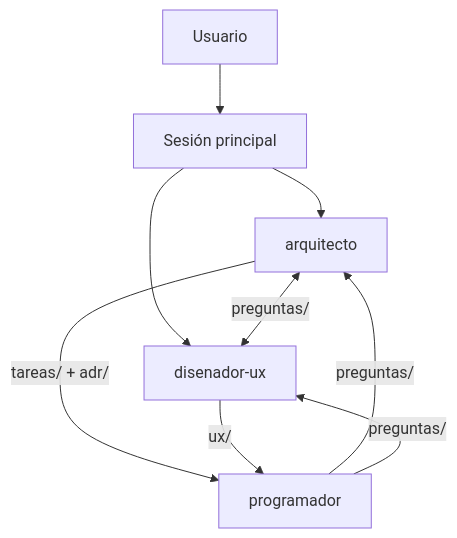
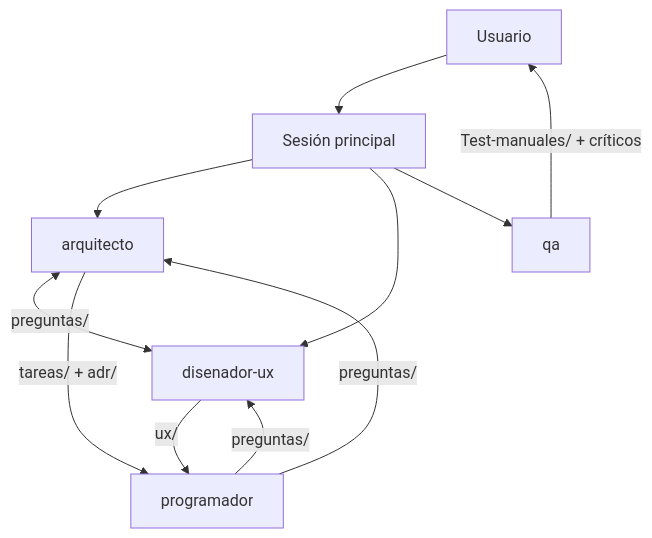
Before and after one commit to Gomonsoft/shinobidocs: the diagram in 02-flujo-de-agentes.md, drawn with Mermaid. The commit also changed other lines of this file and 5 other files, not shown here.

First line of the commit message:
Pruebas como feedback: niveles, agente qa, scripts de cambios y críticos, y guías manuales

````diff
--- a/02-flujo-de-agentes.md
+++ b/02-flujo-de-agentes.md
@@ -11,11 +12,13 @@
 ```mermaid
 flowchart TD
     U[Usuario] --> S[Sesión principal]
     S --> AR[arquitecto]
     S --> UX[disenador-ux]
     AR <-->|preguntas/| UX
     AR -->|tareas/ + adr/| P[programador]
     UX -->|ux/| P
     P -->|preguntas/| AR
     P -->|preguntas/| UX
+    S --> QA[qa]
+    QA -->|Test-manuales/ + críticos| U
 ```
````
